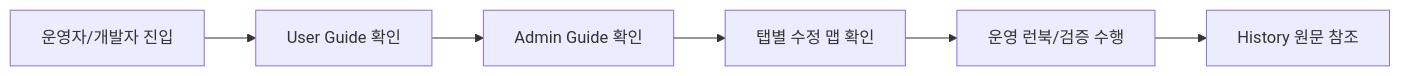
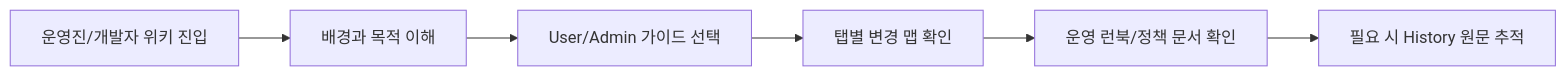
The diagram in docs/Wiki/README.md (cloud-club/CloudClubAttendanceSystem), drawn with Mermaid before and after one commit. The commit also changed other lines of this file and 7 other files, not shown here.

````diff
--- a/docs/Wiki/README.md
+++ b/docs/Wiki/README.md
@@ -6,8 +6,8 @@
 ```mermaid
 flowchart LR
-  A["운영자/개발자 진입"] --> B["User Guide 확인"]
-  B --> C["Admin Guide 확인"]
-  C --> D["탭별 수정 맵 확인"]
-  D --> E["운영 런북/검증 수행"]
-  E --> F["History 원문 참조"]
+  A["운영진/개발자 위키 진입"] --> B["배경과 목적 이해"]
+  B --> C["User/Admin 가이드 선택"]
+  C --> D["탭별 변경 맵 확인"]
+  D --> E["운영 런북/정책 문서 확인"]
+  E --> F["필요 시 History 원문 추적"]
 ```
````
